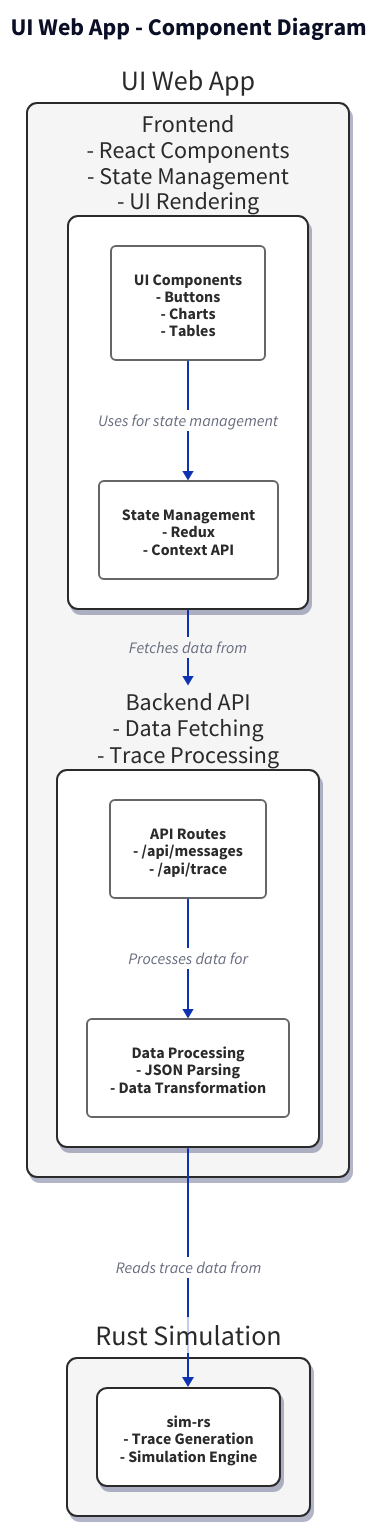
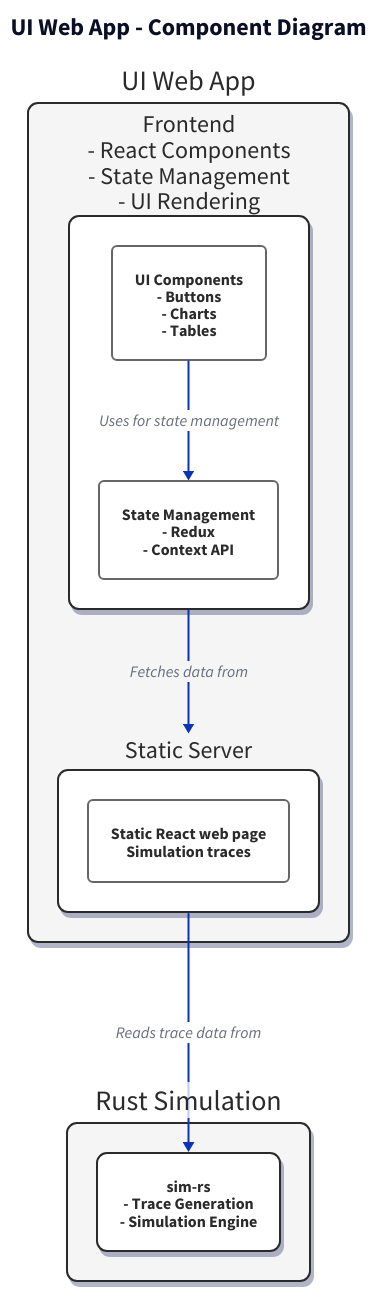
One commit to input-output-hk/ouroboros-leios changed the diagram in ui/docs/component.d2. Above: the diagram before and after it, drawn with D2. The commit also changed 3 other files, not shown here.

```diff
--- a/ui/docs/component.d2
+++ b/ui/docs/component.d2
@@ -1,90 +1,84 @@
 title: {
   label: "UI Web App - Component Diagram"
   near: top-center
   shape: text
   style.font-size: 24
   style.bold: true
 }
 
 # Styles
 classes: {
   component: {
     style: {
       stroke: "#2a2a2a"
       fill: "#ffffff"
       font-color: "#2a2a2a"
       border-radius: 10
       shadow: true
     }
   }
   container: {
     style: {
       stroke: "#2a2a2a"
       fill: "#f5f5f5"
       font-color: "#2a2a2a"
       border-radius: 10
       shadow: true
     }
   }
   subcomponent: {
     style: {
       stroke: "#666666"
       fill: "#ffffff"
       font-color: "#2a2a2a"
       border-radius: 5
       shadow: false
     }
   }
 }
 
 # Main Containers
 ui-app: {
   class: container
   label: "UI Web App"
 
   frontend: {
     class: component
     label: "Frontend\n- React Components\n- State Management\n- UI Rendering"
 
     components: {
       class: subcomponent
       label: "UI Components\n- Buttons\n- Charts\n- Tables"
     }
 
     state: {
       class: subcomponent
       label: "State Management\n- Redux\n- Context API"
     }
   }
 
   backend: {
     class: component
-    label: "Backend API\n- Data Fetching\n- Trace Processing"
+    label: "Static Server"
 
-    api_routes: {
+    static_files: {
       class: subcomponent
-      label: "API Routes\n- /api/messages\n- /api/trace"
-    }
-
-    data_processing: {
-      class: subcomponent
-      label: "Data Processing\n- JSON Parsing\n- Data Transformation"
+      label: "Static React web page\nSimulation traces"
     }
   }
 }
 
 external-systems: {
   class: container
   label: "Rust Simulation"
 
   sim-rs: {
     class: component
     label: "sim-rs\n- Trace Generation\n- Simulation Engine"
   }
 }
 
 # Relationships
 ui-app.frontend -> ui-app.backend: "Fetches data from"
 ui-app.backend -> external-systems.sim-rs: "Reads trace data from"
 ui-app.frontend.components -> ui-app.frontend.state: "Uses for state management"
-ui-app.backend.api_routes -> ui-app.backend.data_processing: "Processes data for"
```
